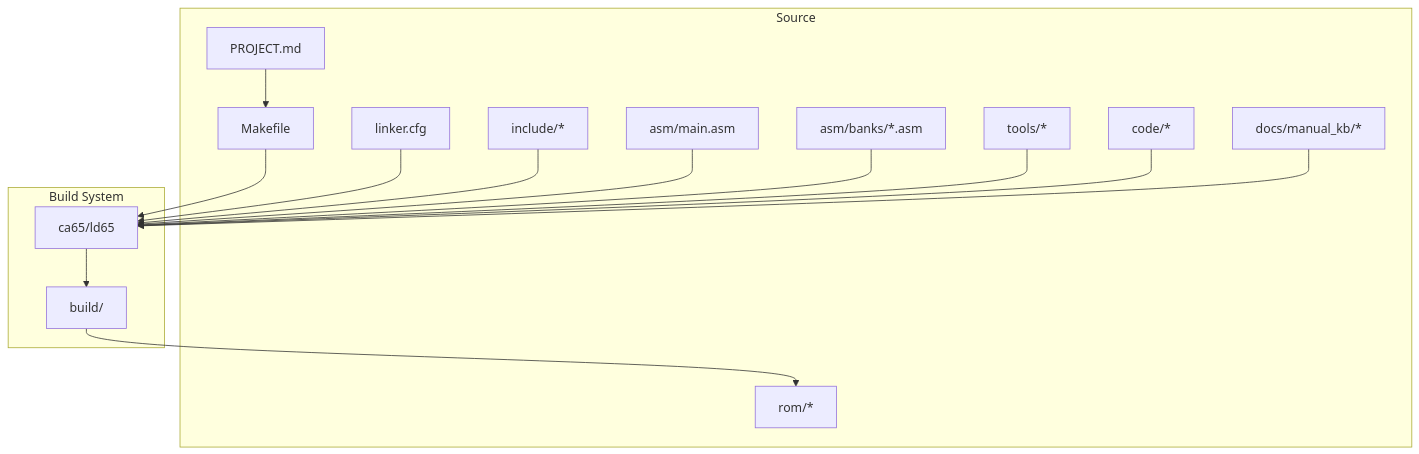
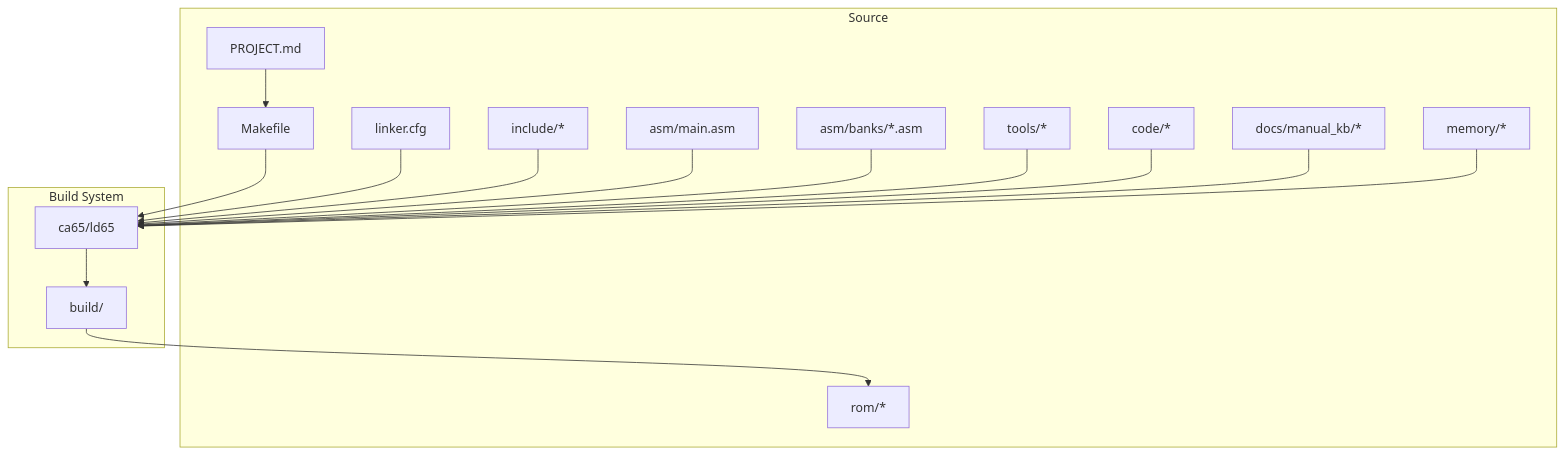
The first of 13 diagrams in .qoder/repowiki/en/content/Project Overview/Project Overview.md (rabbyzero/sango2dasm), drawn with Mermaid before and after one commit. The commit also changed other lines of this file and 7 other files, not shown here.

````diff
--- a/.qoder/repowiki/en/content/Project Overview/Project Overview.md
+++ b/.qoder/repowiki/en/content/Project Overview/Project Overview.md
@@ -75,29 +85,31 @@
 ```mermaid
 graph TB
 subgraph "Source"
 A["PROJECT.md"]
 B["Makefile"]
 C["linker.cfg"]
 D["include/*"]
 E["asm/main.asm"]
 F["asm/banks/*.asm"]
 G["rom/*"]
 H["tools/*"]
 I["code/*"]
 J["docs/manual_kb/*"]
+K["memory/*"]
 end
 subgraph "Build System"
-K["ca65/ld65"]
-L["build/"]
+L["ca65/ld65"]
+M["build/"]
 end
-A --> B --> K
-C --> K
-D --> K
-E --> K
-F --> K
-H --> K
-I --> K
-J --> K
+A --> B --> L
+C --> L
+D --> L
+E --> L
+F --> L
+H --> L
+I --> L
+J --> L
 K --> L
-L --> G
+L --> M
+M --> G
 ```
````
